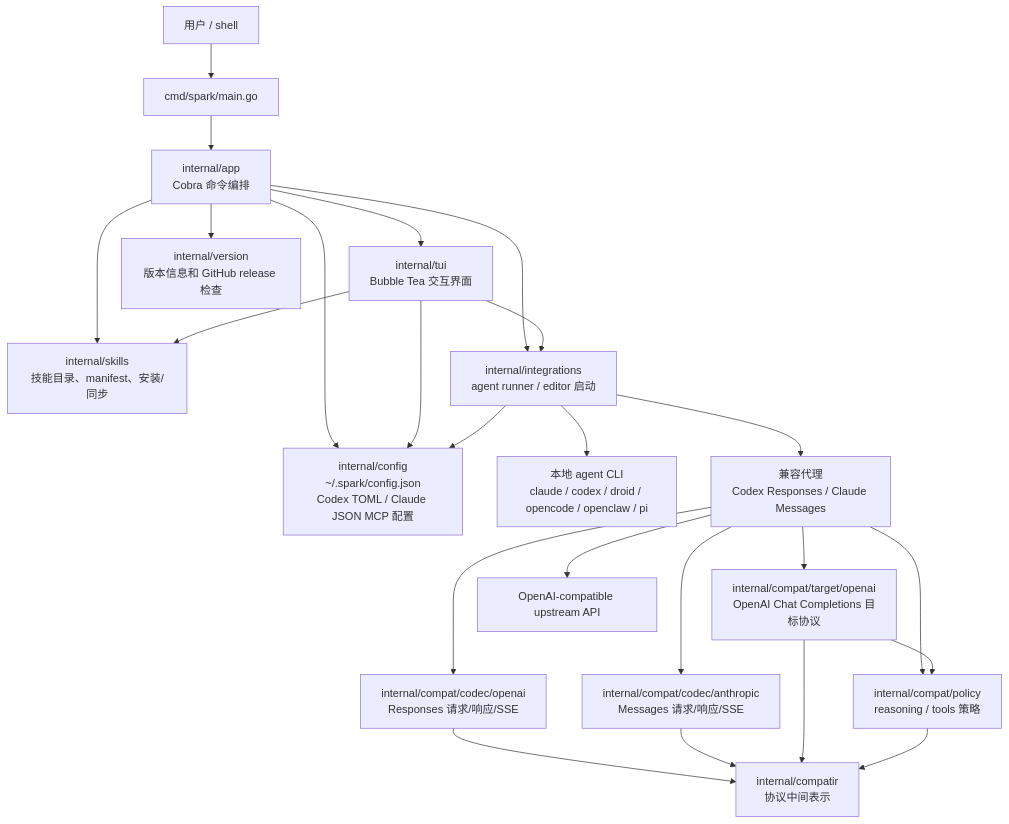
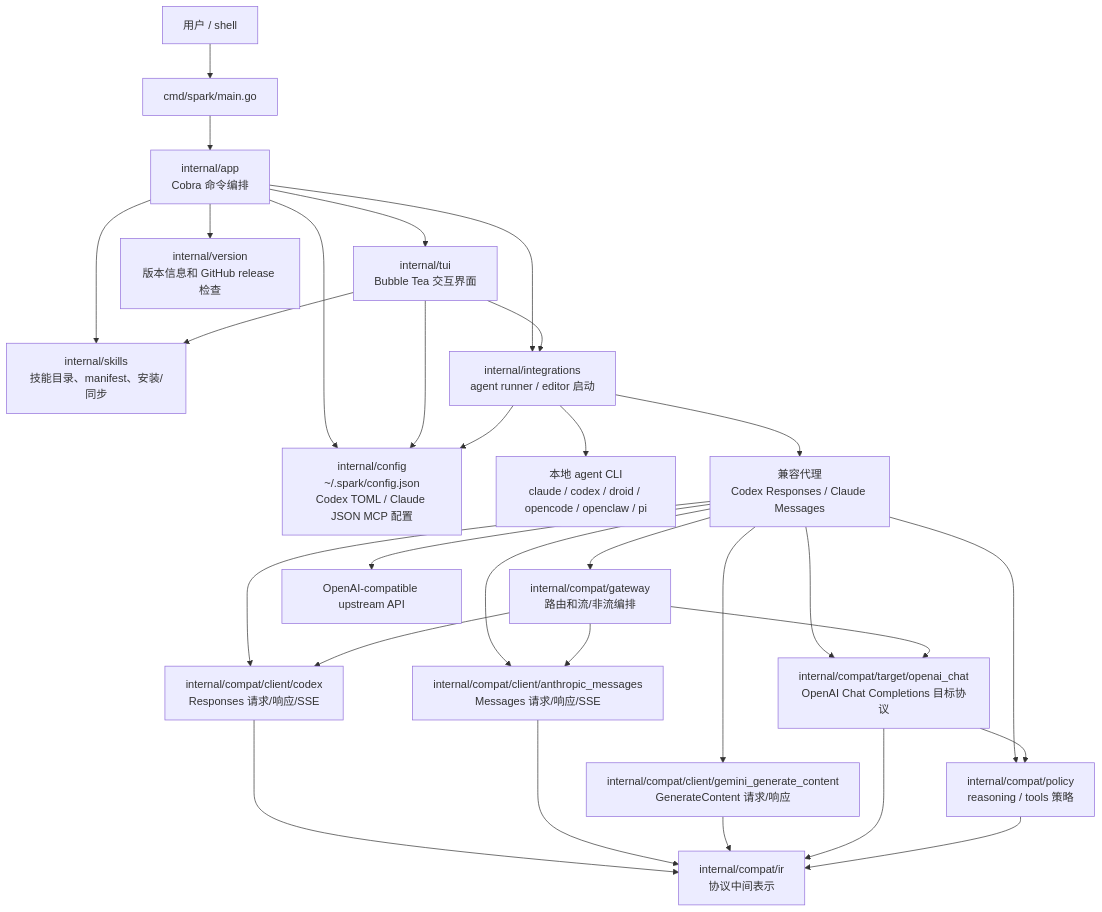
Before and after one commit to zhangsanfeng1094/spark: the first of 7 diagrams in docs/internal-architecture.md, drawn with Mermaid. The commit also changed other lines of this file and 92 other files, not shown here.

````diff
--- a/docs/internal-architecture.md
+++ b/docs/internal-architecture.md
@@ -7,32 +7,38 @@
 ```mermaid
 flowchart TD
     User[用户 / shell] --> Main[cmd/spark/main.go]
     Main --> App[internal/app<br/>Cobra 命令编排]
 
     App --> TUI[internal/tui<br/>Bubble Tea 交互界面]
     App --> Config[internal/config<br/>~/.spark/config.json<br/>Codex TOML / Claude JSON MCP 配置]
     App --> Skills[internal/skills<br/>技能目录、manifest、安装/同步]
     App --> Version[internal/version<br/>版本信息和 GitHub release 检查]
     App --> Integrations[internal/integrations<br/>agent runner / editor 启动]
 
     TUI --> Config
     TUI --> Integrations
     TUI --> Skills
 
     Integrations --> Config
     Integrations --> LocalAgent[本地 agent CLI<br/>claude / codex / droid / opencode / openclaw / pi]
     Integrations --> CompatProxy[兼容代理<br/>Codex Responses / Claude Messages]
 
-    CompatProxy --> CodecOpenAI[internal/compat/codec/openai<br/>Responses 请求/响应/SSE]
-    CompatProxy --> CodecAnthropic[internal/compat/codec/anthropic<br/>Messages 请求/响应/SSE]
-    CompatProxy --> TargetOpenAI[internal/compat/target/openai<br/>OpenAI Chat Completions 目标协议]
+    CompatProxy --> ClientCodex[internal/compat/client/codex<br/>Responses 请求/响应/SSE]
+    CompatProxy --> ClientAnthropic[internal/compat/client/anthropic_messages<br/>Messages 请求/响应/SSE]
+    CompatProxy --> ClientGemini[internal/compat/client/gemini_generate_content<br/>GenerateContent 请求/响应]
+    CompatProxy --> Gateway[internal/compat/gateway<br/>路由和流/非流编排]
+    CompatProxy --> TargetOpenAI[internal/compat/target/openai_chat<br/>OpenAI Chat Completions 目标协议]
     CompatProxy --> Policy[internal/compat/policy<br/>reasoning / tools 策略]
 
-    CodecOpenAI --> IR[internal/compatir<br/>协议中间表示]
-    CodecAnthropic --> IR
+    ClientCodex --> IR[internal/compat/ir<br/>协议中间表示]
+    ClientAnthropic --> IR
+    ClientGemini --> IR
+    Gateway --> ClientCodex
+    Gateway --> ClientAnthropic
+    Gateway --> TargetOpenAI
     TargetOpenAI --> IR
     TargetOpenAI --> Policy
     Policy --> IR
 
     CompatProxy --> Upstream[OpenAI-compatible upstream API]
 ```
````
